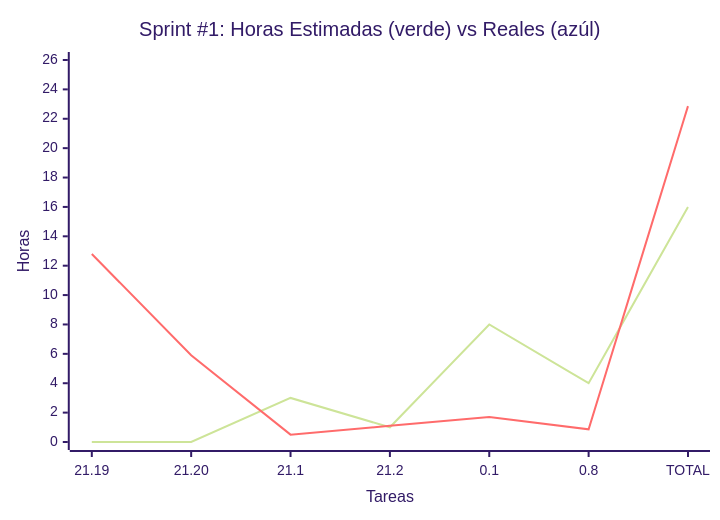
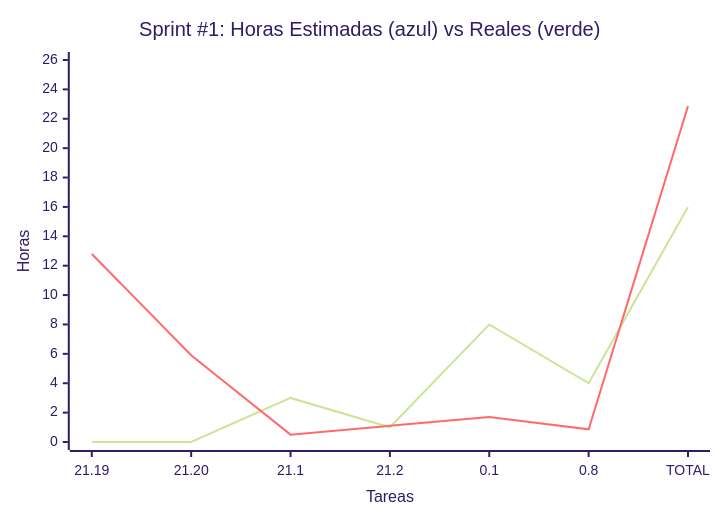
Before and after one commit to MarkMed/FleetMan: the first of 2 diagrams in docs/SprintsPlanning.md, drawn with Mermaid (forest theme). The commit also changed other lines of this file, not shown here.

Commit message:
fix: Correct color labels in sprint charts for accurate visual representation

````diff
--- a/docs/SprintsPlanning.md
+++ b/docs/SprintsPlanning.md
@@ -49,12 +49,12 @@
 ```mermaid
 xychart-beta
-    title "Sprint #1: Horas Estimadas #40;verde#41; vs Reales #40;azúl#41;"
+    title "Sprint #1: Horas Estimadas #40;azul#41; vs Reales #40;verde#41;"
     x-axis "Tareas" ["21.19", "21.20", "21.1", "21.2", "0.1", "0.8", "TOTAL"]
     y-axis "Horas" 0 --> 26
 	
-	%% Black line
+	%% Green line
     line [0, 0, 3, 1, 8, 4, 16]
 
-	%% Green line
+	%% Black line
     line [12.8, 5.9, 0.5, 1.1, 1.7, 0.86, 22.86]
 ```
````
